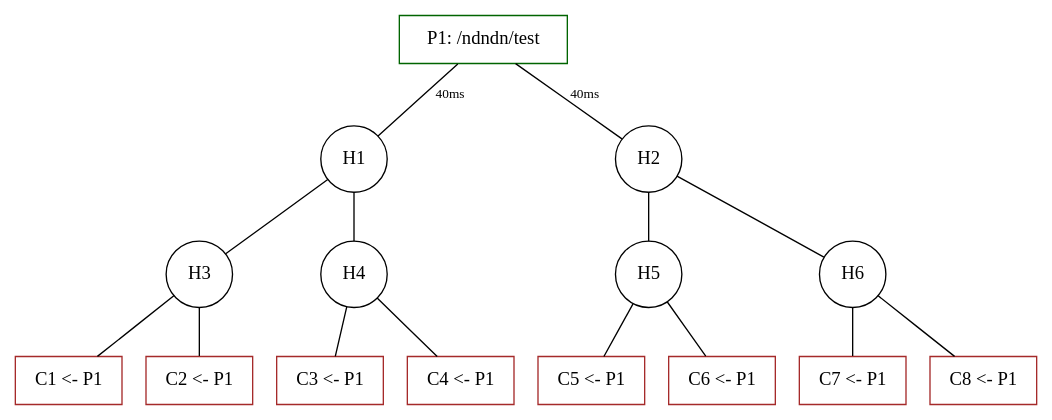
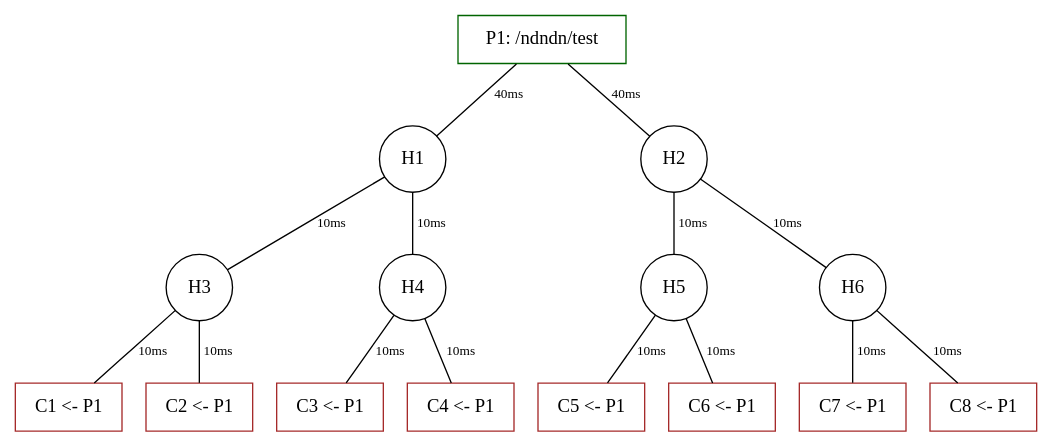
One commit to peetonn/ndn-docker changed the diagram in ndndn/topologies/bintree8-2.dot. Above: the diagram before and after it, drawn with Graphviz. The commit also changed 2 other files, not shown here.

```diff
--- a/ndndn/topologies/bintree8-2.dot
+++ b/ndndn/topologies/bintree8-2.dot
@@ -1,50 +1,50 @@
 digraph finite_state_machine {
     //layout="dot"
     edge [ arrowhead=none fontsize=10 ];
 
     subgraph hubs { // all hubs should be listed here
         // hub nodes should follow format H + index 
         node [shape = circle, rank = 5];
         H1; H2; H3; H4; H5; H6;
         
-        H1 -> H3;
-        H1 -> H4;
-        H2 -> H5;
-        H2 -> H6;
+        H1 -> H3 [ label = "10ms" ];
+        H1 -> H4 [ label = "10ms" ];
+        H2 -> H5 [ label = "10ms" ];
+        H2 -> H6 [ label = "10ms" ];
     }
 
     subgraph producers { // all producers are listed here
         // producer nodes should follow format P + index
         rank = source
         node [shape=rect, color = darkgreen];
 
         P1 [color = darkgreen, label="P1: /ndndn/test"];
     }
     P1 -> H1 [label = "40ms"];
     P1 -> H2 [label = "40ms"];
 
     subgraph consumers { // all consumer clusters are lister here
         // consumer cluster nodes should follow format C + index
         // the label for consumer cluster should follow format:
         // 		Cx<number of consumers> <- <producer id> [<producer id>, ...]
         rank = sink
         node [shape = rect, color = brown];
         C1 [label = "C1 <- P1"];
         C2 [label = "C2 <- P1"];
         C3 [label = "C3 <- P1"];
         C4 [label = "C4 <- P1"];
         C5 [label = "C5 <- P1"];
         C6 [label = "C6 <- P1"];
         C7 [label = "C7 <- P1"];
         C8 [label = "C8 <- P1"];
     }
 
-    C1 -> H3;
-    C2 -> H3;
-    C3 -> H4;
-    C4 -> H4;
-    C5 -> H5;
-    C6 -> H5;
-    C7 -> H6;
-    C8 -> H6;
+    C1 -> H3 [ label = "10ms" ];
+    C2 -> H3 [ label = "10ms" ];
+    C3 -> H4 [ label = "10ms" ];
+    C4 -> H4 [ label = "10ms" ];
+    C5 -> H5 [ label = "10ms" ];
+    C6 -> H5 [ label = "10ms" ];
+    C7 -> H6 [ label = "10ms" ];
+    C8 -> H6 [ label = "10ms" ];
 }
```
